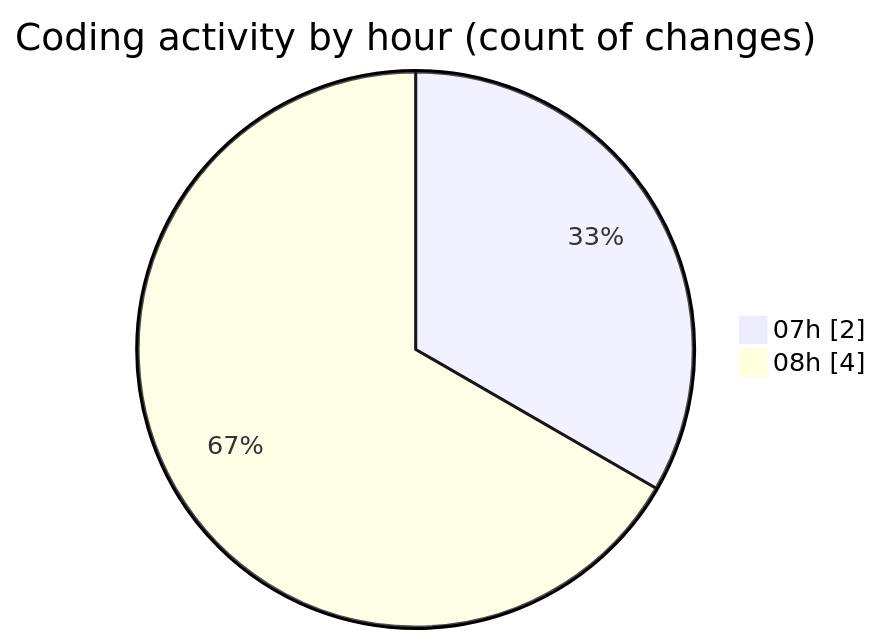
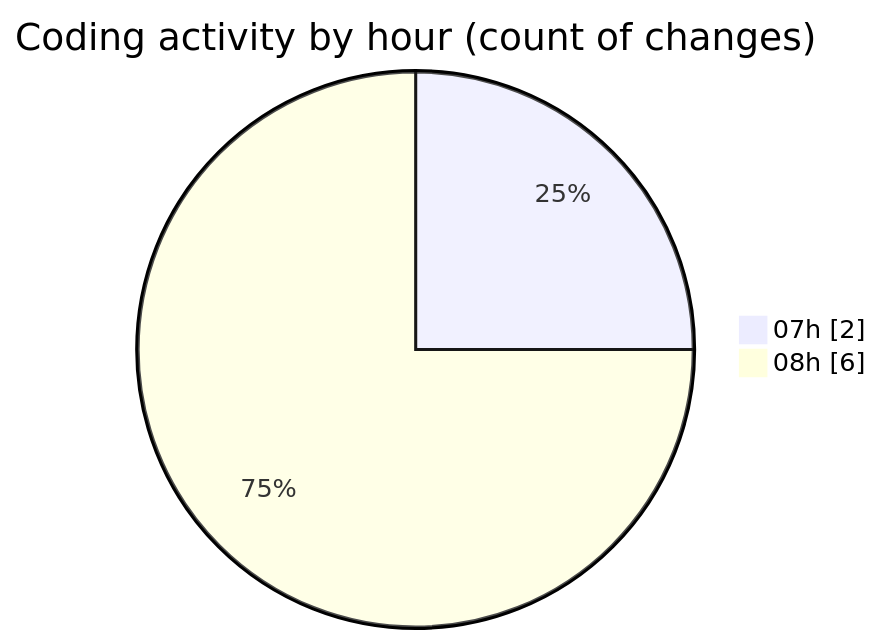
Before and after one commit to LanceThiago/code-tracking: the second of 2 diagrams in 2026-08-28/oficina/README.md, drawn with Mermaid. The commit also changed other lines of this file and 1 other file, not shown here.

````diff
--- a/2026-08-28/oficina/README.md
+++ b/2026-08-28/oficina/README.md
@@ -28,6 +28,6 @@
 ```mermaid
 pie showData
 title Coding activity by hour (count of changes)
 "07h" : 2
-"08h" : 4
+"08h" : 6
 ```
````
